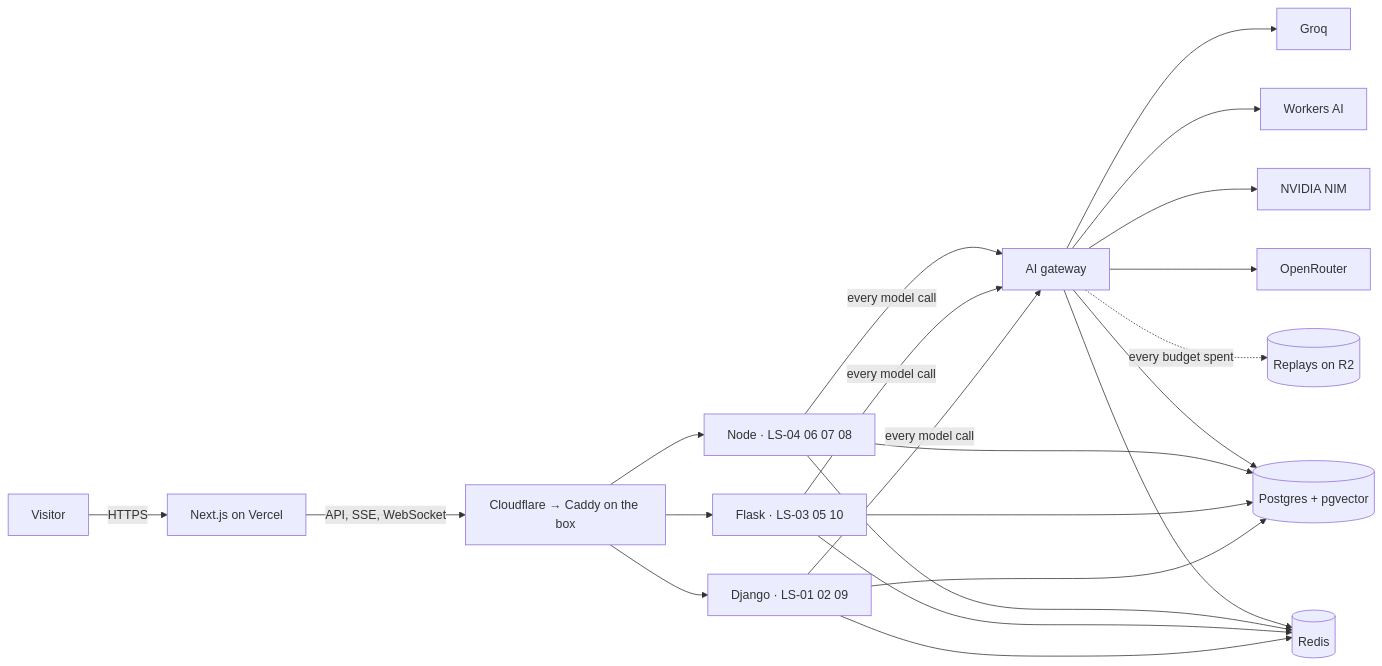
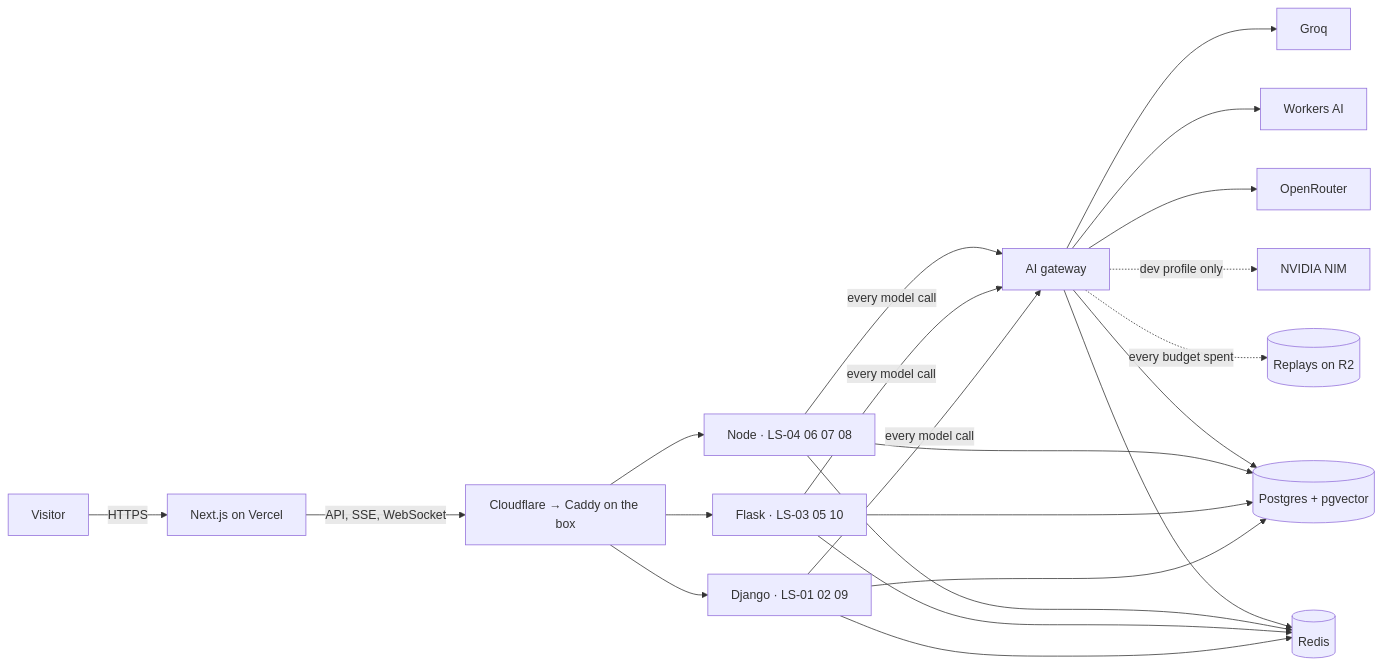
Before and after one commit to Landry12-BAS/Portfolio: the diagram in docs/STACK.md, drawn with Mermaid. The commit also changed other lines of this file and 3 other files, not shown here.

````diff
--- a/docs/STACK.md
+++ b/docs/STACK.md
@@ -46,16 +46,16 @@
 ```mermaid
 flowchart LR
   V[Visitor] -->|HTTPS| W[Next.js on Vercel]
   W -->|API, SSE, WebSocket| C[Cloudflare → Caddy on the box]
   C --> DJ[Django · LS-01 02 09]
   C --> FL[Flask · LS-03 05 10]
   C --> ND[Node · LS-04 06 07 08]
   DJ & FL & ND -->|every model call| GW[AI gateway]
   GW --> GQ[Groq]
   GW --> CF[Workers AI]
-  GW --> NV[NVIDIA NIM]
   GW --> OR[OpenRouter]
+  GW -.->|dev profile only| NV[NVIDIA NIM]
   GW -.->|every budget spent| RP[(Replays on R2)]
   DJ & FL & ND & GW --> PG[(Postgres + pgvector)]
   DJ & FL & ND & GW --> RD[(Redis)]
 ```
````
